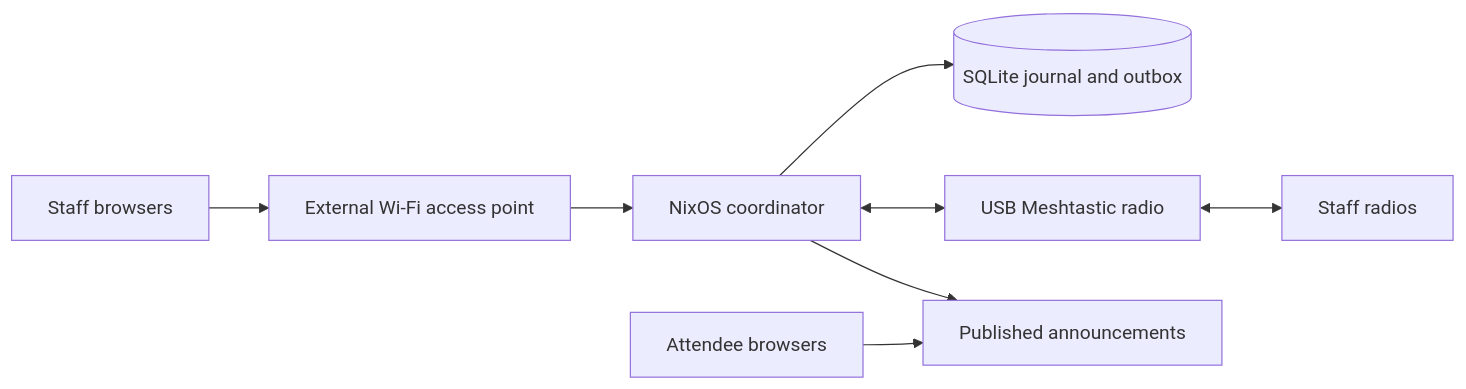
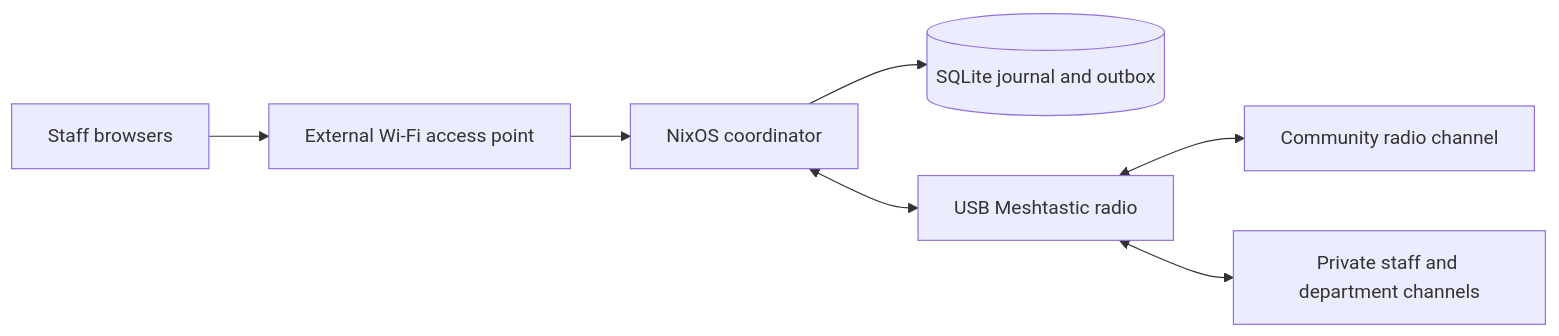
The diagram in README.md (closure-labs/mish), drawn with Mermaid before and after one commit. The commit also changed other lines of this file and 31 other files, not shown here.

First line of the commit message:
Add community and private Meshtastic channel enrollment (#18)

````diff
--- a/README.md
+++ b/README.md
@@ -32,10 +56,9 @@
 ```mermaid
 flowchart LR
   Staff[Staff browsers] --> AP[External Wi-Fi access point]
   AP --> Mish[NixOS coordinator]
   Mish --> Journal[(SQLite journal and outbox)]
   Mish <--> USB[USB Meshtastic radio]
-  USB <--> Radios[Staff radios]
-  Attendees[Attendee browsers] --> Feed[Published announcements]
-  Mish --> Feed
+  USB <--> Community[Community radio channel]
+  USB <--> Private[Private staff and department channels]
 ```
````
